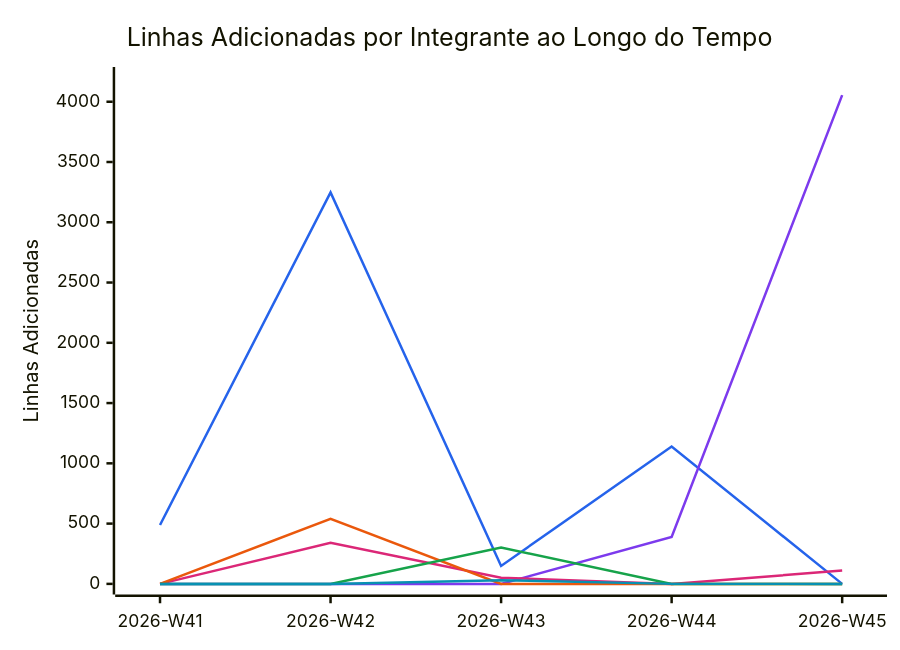
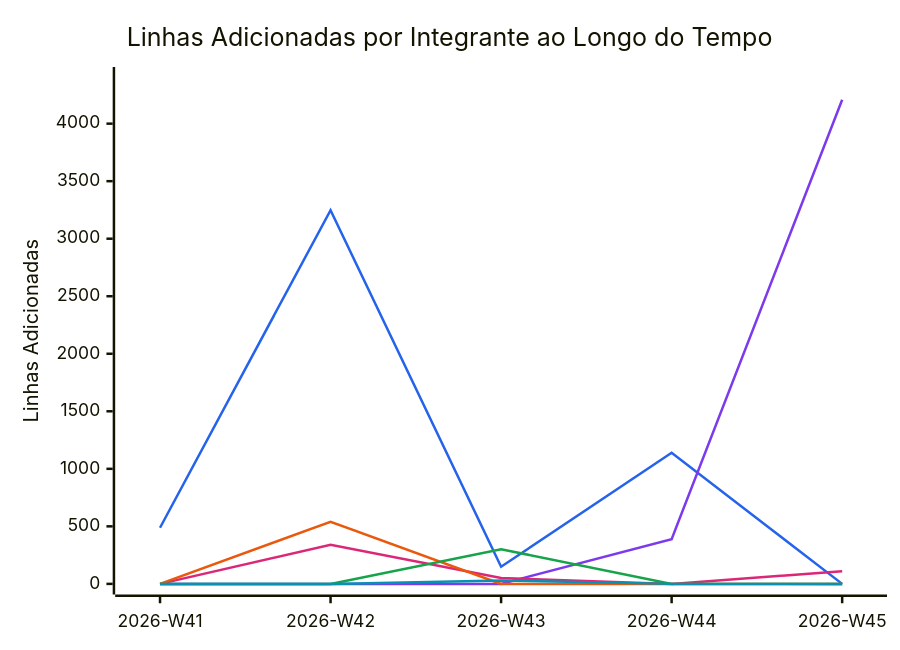
The diagram in documentation/snippets/management/code-additions.mmd (FCTE-Qualidade-de-Software-1/2026-2_T02_FRANS_BILAS), drawn with Mermaid before and after one commit. The commit also changed 9 other files, not shown here.

```diff
--- a/documentation/snippets/management/code-additions.mmd
+++ b/documentation/snippets/management/code-additions.mmd
@@ -1,11 +1,11 @@
 %%{init: {"themeVariables": {"xyChart": {"plotColorPalette": "#2563eb, #7c3aed, #db2777, #ea580c, #16a34a, #0891b2"}}}}%%
 xychart-beta
     title "Linhas Adicionadas por Integrante ao Longo do Tempo"
     x-axis ["2026-W41", "2026-W42", "2026-W43", "2026-W44", "2026-W45"]
-    y-axis "Linhas Adicionadas" 0 --> 4200
+    y-axis "Linhas Adicionadas" 0 --> 4400
     line [488, 3248, 149, 1139, 0]
-    line [0, 0, 0, 389, 4055]
+    line [0, 0, 0, 389, 4208]
     line [0, 340, 51, 0, 110]
     line [0, 540, 0, 0, 0]
     line [0, 0, 301, 0, 0]
     line [0, 0, 30, 0, 0]
```
